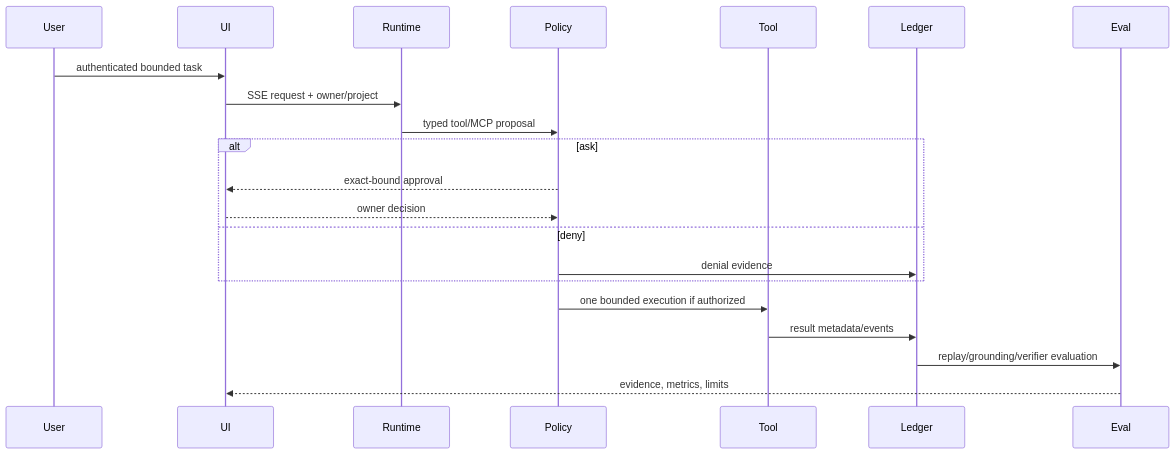
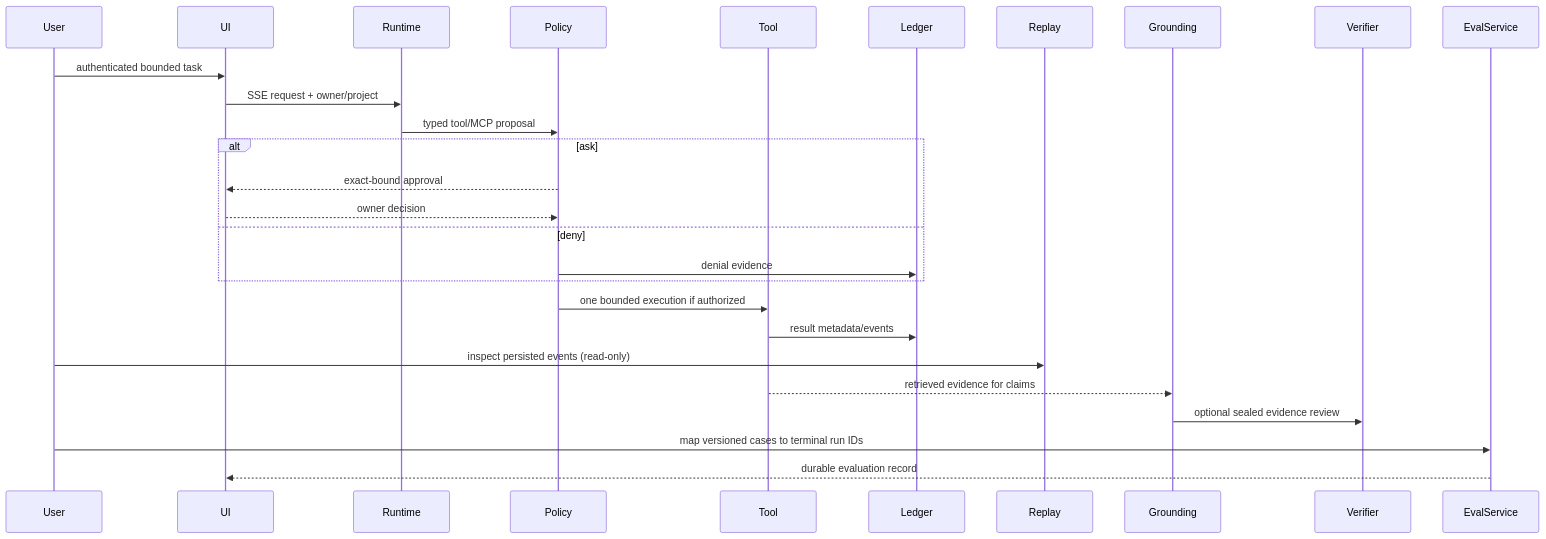
Before and after one commit to levalencia/archon: the third of 4 diagrams in docs/course/modules/15-capstone/README.md, drawn with Mermaid. The commit also changed other lines of this file and 22 other files, not shown here.

Commit message:
docs: correct advanced course architecture and claims

````diff
--- a/docs/course/modules/15-capstone/README.md
+++ b/docs/course/modules/15-capstone/README.md
@@ -95,23 +99,29 @@
 ```mermaid
 sequenceDiagram
   participant User
   participant UI
   participant Runtime
   participant Policy
   participant Tool
   participant Ledger
-  participant Eval
+  participant Replay
+  participant Grounding
+  participant Verifier
+  participant EvalService
   User->>UI: authenticated bounded task
   UI->>Runtime: SSE request + owner/project
   Runtime->>Policy: typed tool/MCP proposal
   alt ask
     Policy-->>UI: exact-bound approval
     UI-->>Policy: owner decision
   else deny
     Policy->>Ledger: denial evidence
   end
   Policy->>Tool: one bounded execution if authorized
   Tool->>Ledger: result metadata/events
-  Ledger->>Eval: replay/grounding/verifier evaluation
-  Eval-->>UI: evidence, metrics, limits
+  User->>Replay: inspect persisted events (read-only)
+  Tool-->>Grounding: retrieved evidence for claims
+  Grounding->>Verifier: optional sealed evidence review
+  User->>EvalService: map versioned cases to terminal run IDs
+  EvalService-->>UI: durable evaluation record
 ```
````
